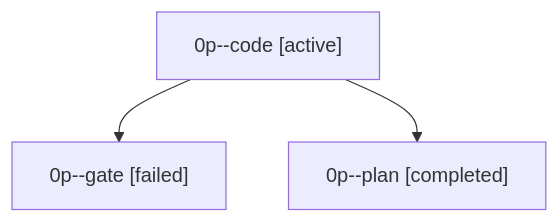
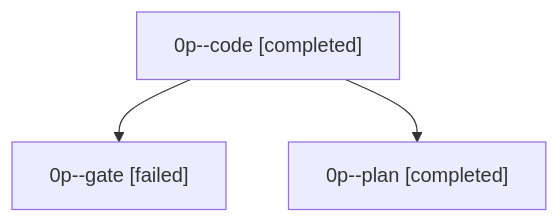
Before and after one commit to bobs-org/bob-cli--agents: the diagram in sessions/bbugyi200.apollo.0p.md, drawn with Mermaid. The commit also changed other lines of this file and 10 other files, not shown here.

````diff
--- a/sessions/bbugyi200.apollo.0p.md
+++ b/sessions/bbugyi200.apollo.0p.md
@@ -9,8 +9,8 @@
 ```mermaid
 flowchart TD
-  n0["0p--code [active]"]
+  n0["0p--code [completed]"]
   n1["0p--gate [failed]"]
   n0 --> n1
   n2["0p--plan [completed]"]
   n0 --> n2
 ```
````
